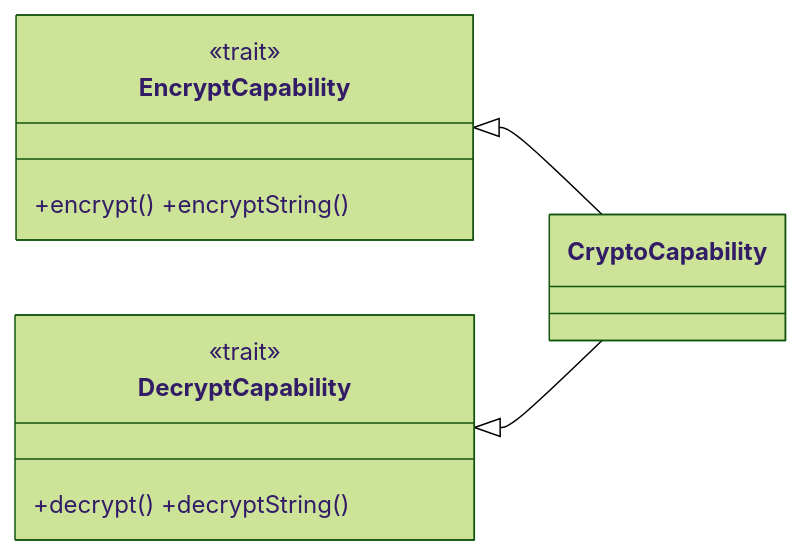
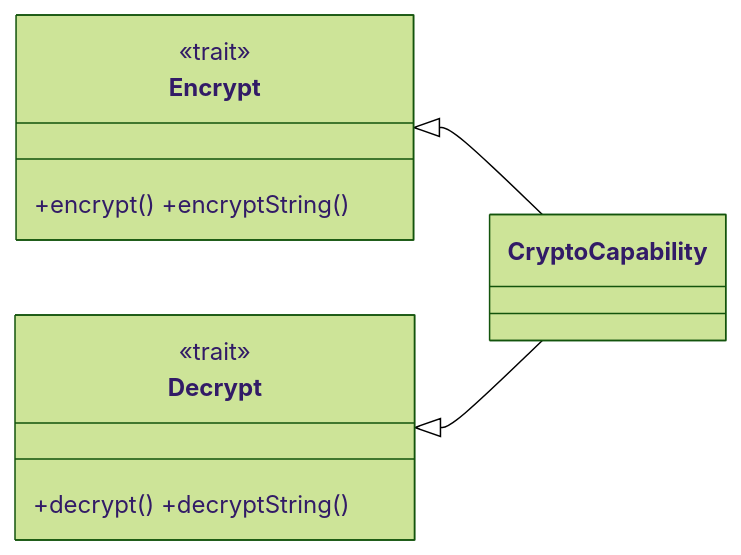
Before and after one commit to sideeffffect/dapr4s: diagram 29 of 36 in docs/CAPABILITY-SPLITS.md, drawn with Mermaid (forest theme). The commit also changed other lines of this file, not shown here.

````diff
--- a/docs/CAPABILITY-SPLITS.md
+++ b/docs/CAPABILITY-SPLITS.md
@@ -625,15 +642,15 @@
 ```mermaid
 classDiagram
     direction LR
-    class EncryptCapability {
+    class Encrypt {
         <<trait>>
         +encrypt() +encryptString()
     }
-    class DecryptCapability {
+    class Decrypt {
         <<trait>>
         +decrypt() +decryptString()
     }
     class CryptoCapability
-    EncryptCapability <|-- CryptoCapability
-    DecryptCapability <|-- CryptoCapability
+    Encrypt <|-- CryptoCapability
+    Decrypt <|-- CryptoCapability
 ```
````
